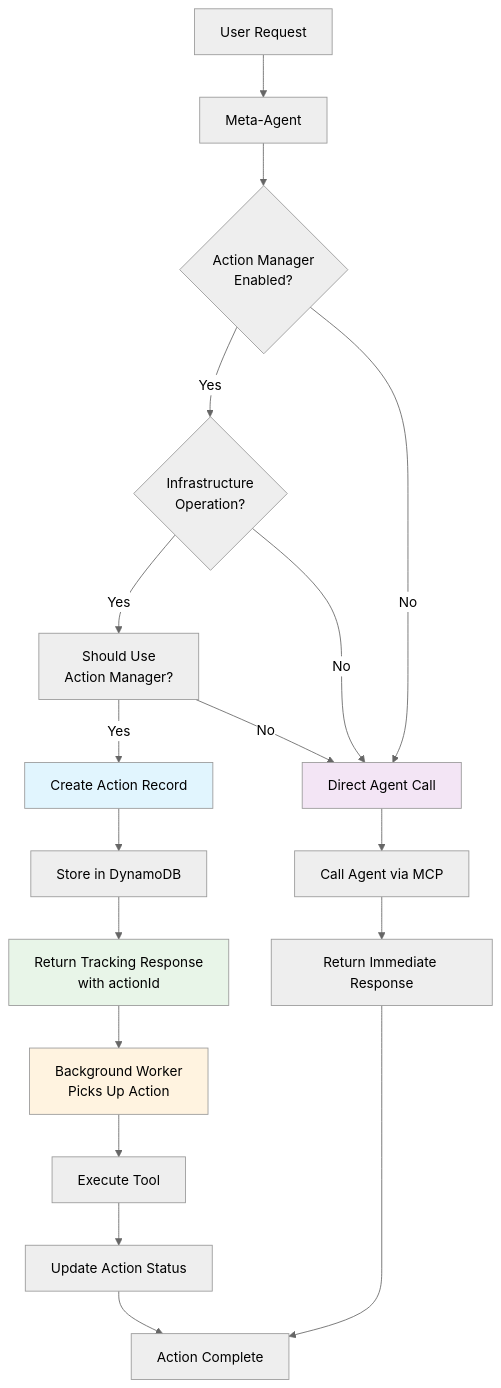
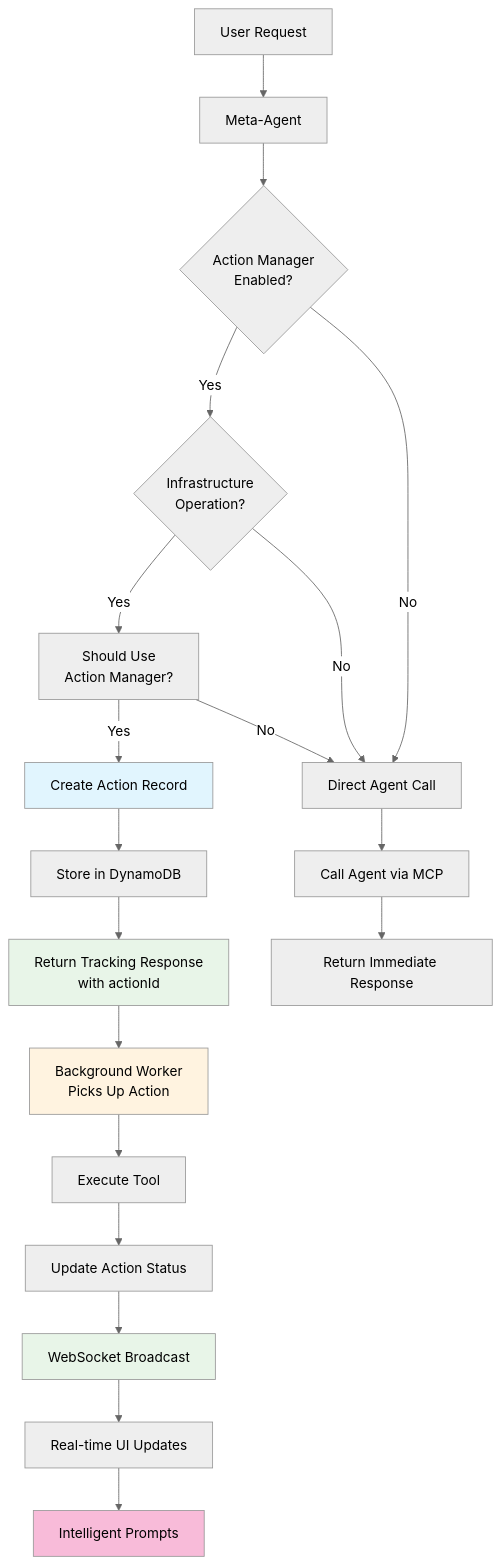
The diagram in CLAUDE.md (ayansasmal/idp-agent), drawn with Mermaid (neutral theme) before and after one commit. The commit also changed other lines of this file and 21 other files, not shown here.

First line of the commit message:
🎉 Complete Distributed Action Tracking System Implementation

````diff
--- a/CLAUDE.md
+++ b/CLAUDE.md
@@ -84,32 +111,33 @@
   ```mermaid
   flowchart TD
       A[User Request] --> B[Meta-Agent]
       B --> C{Action Manager\nEnabled?}
       
       C -->|Yes| D{Infrastructure\nOperation?}
       C -->|No| E[Direct Agent Call]
       
       D -->|Yes| F[Should Use\nAction Manager?]
       D -->|No| E
       
       F -->|Yes| G[Create Action Record]
       F -->|No| E
       
       G --> H[Store in DynamoDB]
       H --> I[Return Tracking Response\nwith actionId]
       
       I --> J[Background Worker\nPicks Up Action]
       J --> K[Execute Tool]
       K --> L[Update Action Status]
+      L --> M[WebSocket Broadcast]
+      M --> N[Real-time UI Updates]
+      N --> O[Intelligent Prompts]
       
-      E --> M[Call Agent via MCP]
-      M --> N[Return Immediate Response]
-      
-      L --> O[Action Complete]
-      N --> O
+      E --> P[Call Agent via MCP]
+      P --> Q[Return Immediate Response]
       
       style G fill:#e1f5fe
       style I fill:#e8f5e8
       style J fill:#fff3e0
-      style E fill:#f3e5f5
+      style M fill:#e8f5e8
+      style O fill:#f8bbd9
   ```
````
